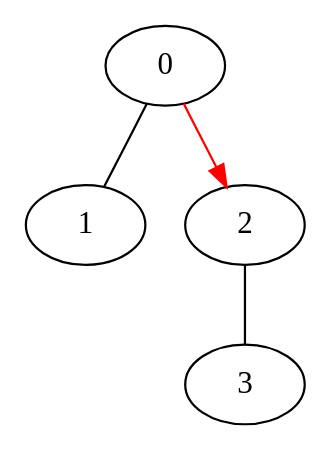
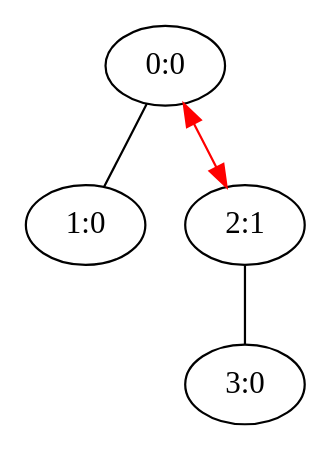
One commit to DSMishler/EBA_models changed the diagram in EBA_graphviz/testrun/sim0008.dot. Above: the diagram before and after it, drawn with Graphviz. The commit also changed 63 other files, not shown here.

Commit message:
system calls, labels for graphs, bidirectional recent sends

```diff
--- a/EBA_graphviz/testrun/sim0008.dot
+++ b/EBA_graphviz/testrun/sim0008.dot
@@ -1,11 +1,11 @@
 // network test graph
 digraph
 {
-	0 []
-	1 []
-	2 []
-	3 []
+	0 [label="0:0"]
+	1 [label="1:0"]
+	2 [label="2:1"]
+	3 [label="3:0"]
 	0 -> 1 [dir=none]
-	0 -> 2 [dir=forward,color=red]
+	0 -> 2 [dir=both,color=red]
 	2 -> 3 [dir=none]
 }
```
